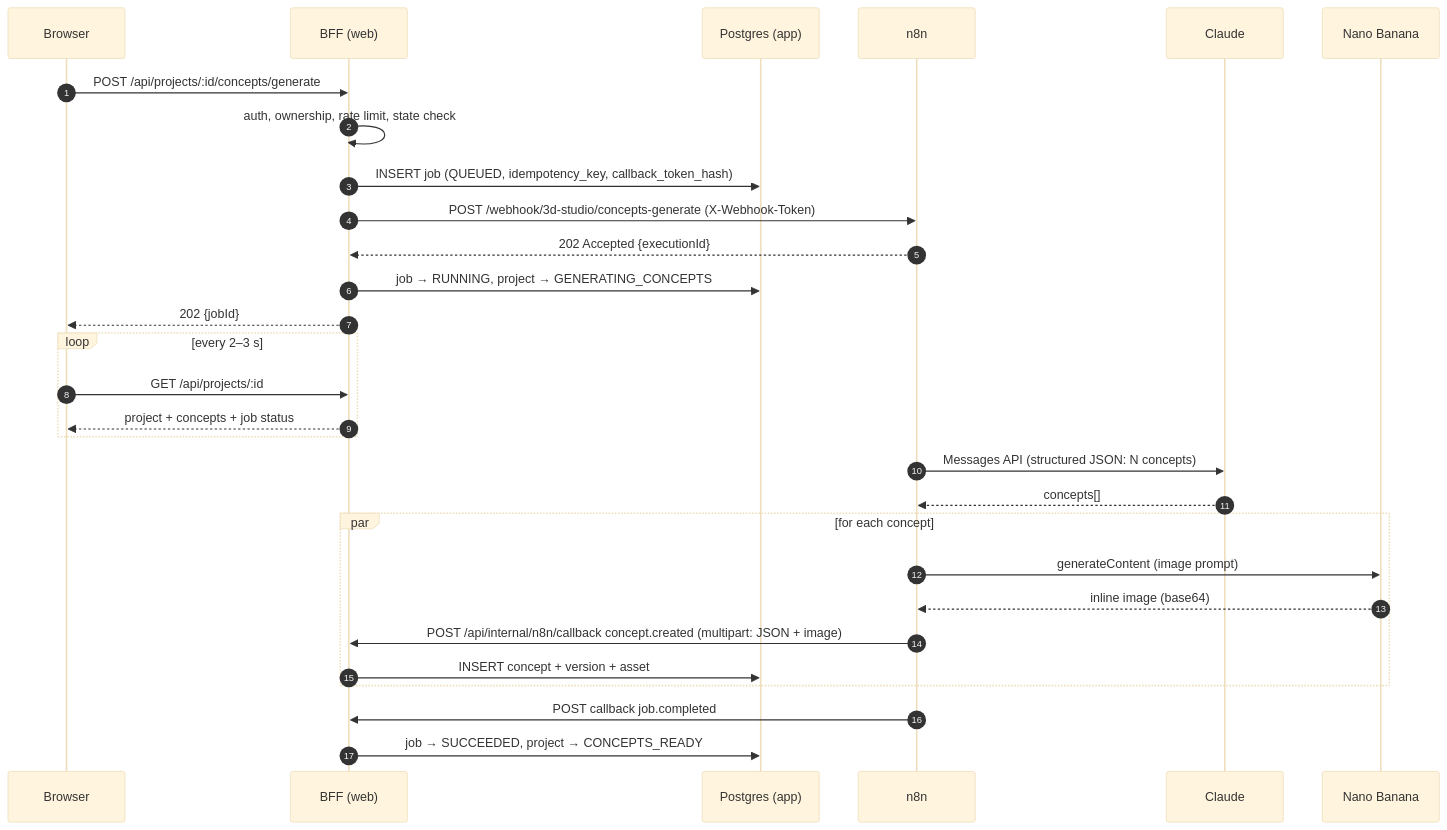
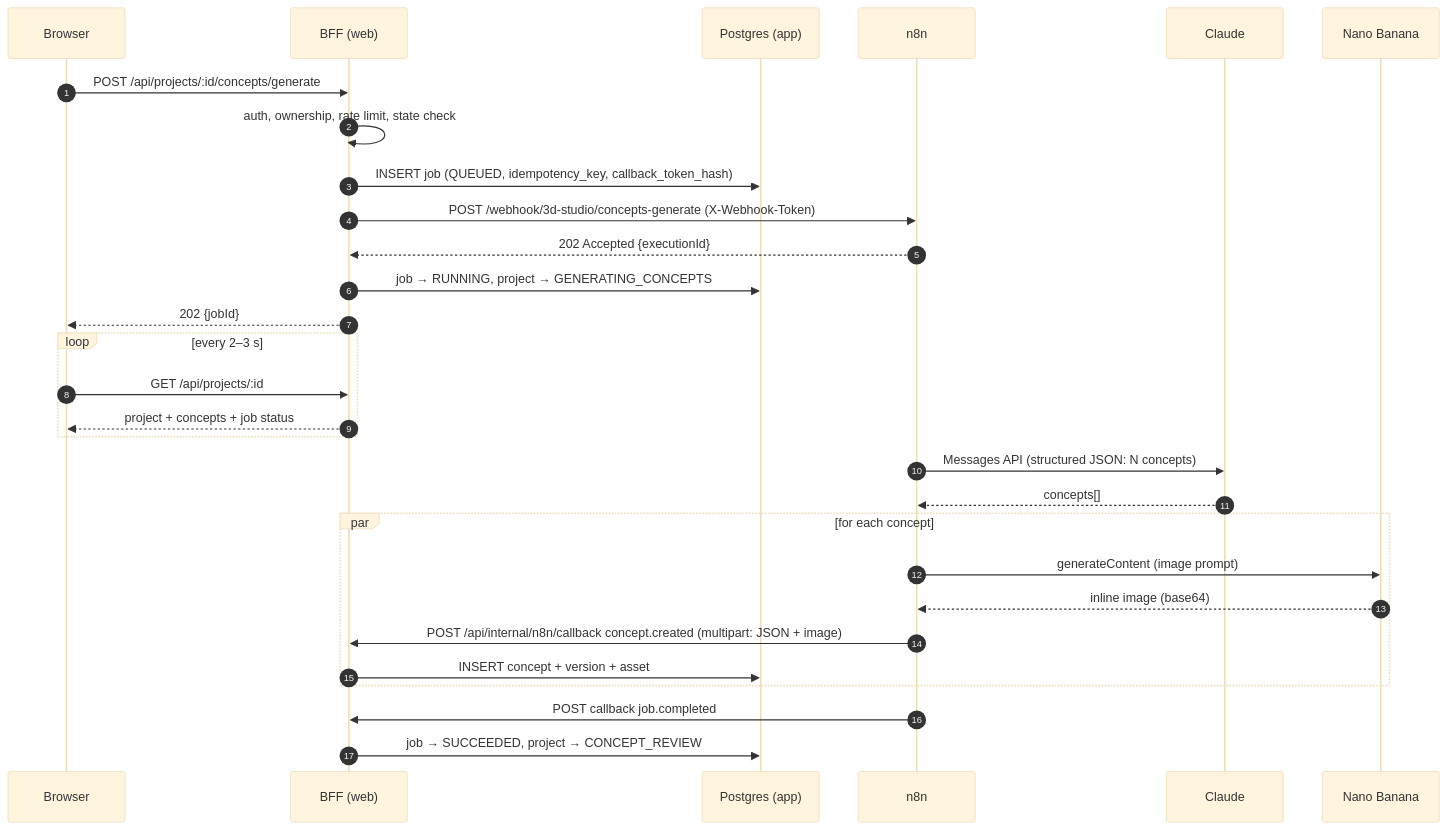
Before and after one commit to meshezabelxrufus/3Dautomation: the third of 4 diagrams in docs/MILESTONE-1-ARCHITECTURE.md, drawn with Mermaid (base theme). The commit also changed other lines of this file and 32 other files, not shown here.

First line of the commit message:
db: workflow schema, DB-enforced state machine, services and tests

````diff
--- a/docs/MILESTONE-1-ARCHITECTURE.md
+++ b/docs/MILESTONE-1-ARCHITECTURE.md
@@ -258,31 +277,31 @@
 ```mermaid
 sequenceDiagram
     autonumber
     participant U as Browser
     participant B as BFF (web)
     participant DB as Postgres (app)
     participant N as n8n
     participant C as Claude
     participant G as Nano Banana
     U->>B: POST /api/projects/:id/concepts/generate
     B->>B: auth, ownership, rate limit, state check
     B->>DB: INSERT job (QUEUED, idempotency_key, callback_token_hash)
     B->>N: POST /webhook/3d-studio/concepts-generate (X-Webhook-Token)
     N-->>B: 202 Accepted {executionId}
     B->>DB: job → RUNNING, project → GENERATING_CONCEPTS
     B-->>U: 202 {jobId}
     loop every 2–3 s
         U->>B: GET /api/projects/:id
         B-->>U: project + concepts + job status
     end
     N->>C: Messages API (structured JSON: N concepts)
     C-->>N: concepts[]
     par for each concept
         N->>G: generateContent (image prompt)
         G-->>N: inline image (base64)
         N->>B: POST /api/internal/n8n/callback concept.created (multipart: JSON + image)
         B->>DB: INSERT concept + version + asset
     end
     N->>B: POST callback job.completed
-    B->>DB: job → SUCCEEDED, project → CONCEPTS_READY
+    B->>DB: job → SUCCEEDED, project → CONCEPT_REVIEW
 ```
````
